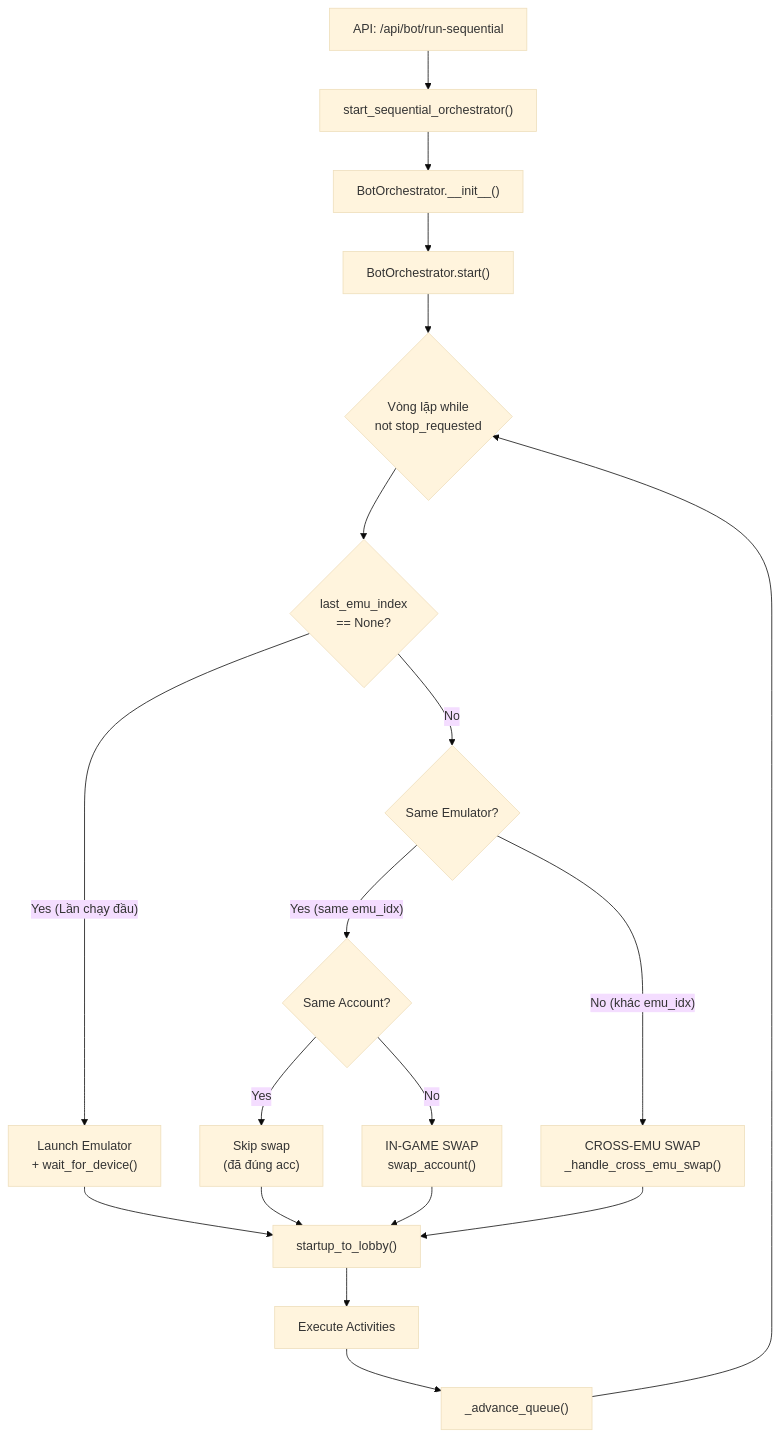
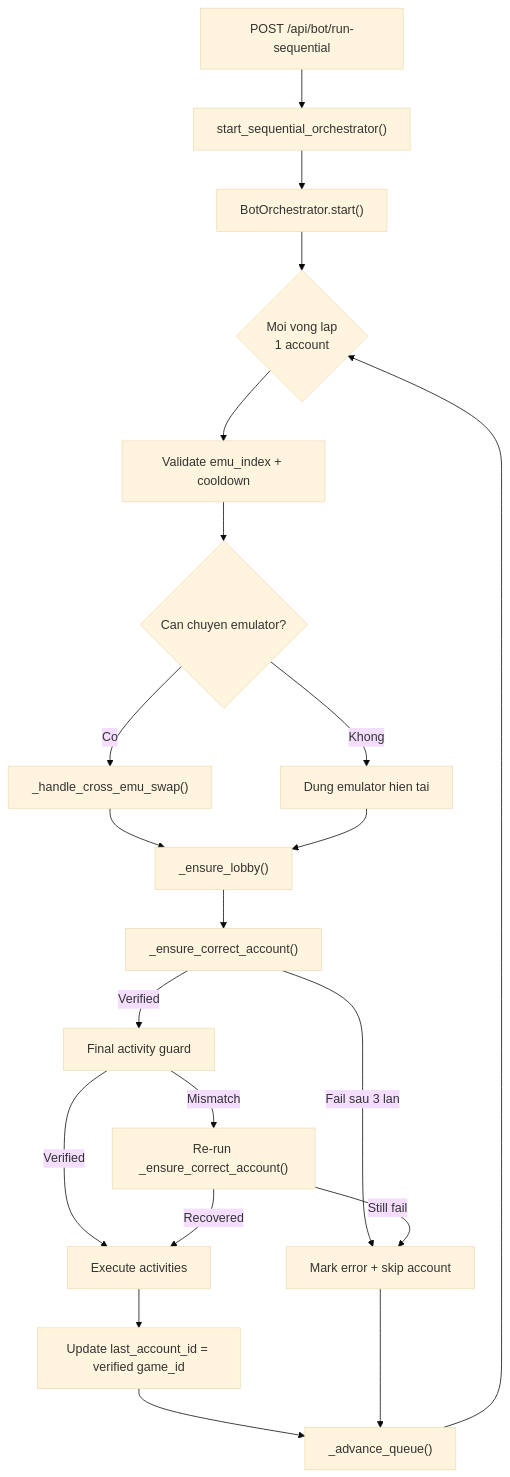
The first of 2 diagrams in DOCS/WORKFLOWS/swap_mechanism_docs.md (zHitz/AutoCOD-Manager), drawn with Mermaid (base theme) before and after one commit. The commit also changed other lines of this file and 11 other files, not shown here.

````diff
--- a/DOCS/WORKFLOWS/swap_mechanism_docs.md
+++ b/DOCS/WORKFLOWS/swap_mechanism_docs.md
@@ -9,26 +17,28 @@
 ```mermaid
-graph TD
-    A["API: /api/bot/run-sequential"] --> B["start_sequential_orchestrator()"]
-    B --> C["BotOrchestrator.__init__()"]
-    C --> D["BotOrchestrator.start()"]
-    D --> E{"Vòng lặp while\nnot stop_requested"}
-    
-    E --> F{"last_emu_index\n== None?"}
-    F -->|"Yes (Lần chạy đầu)"| G["Launch Emulator\n+ wait_for_device()"]
-    F -->|No| H{"Same Emulator?"}
-    
-    H -->|"Yes (same emu_idx)"| I{"Same Account?"}
-    I -->|Yes| J["Skip swap\n(đã đúng acc)"]
-    I -->|No| K["IN-GAME SWAP\nswap_account()"]
-    
-    H -->|"No (khác emu_idx)"| L["CROSS-EMU SWAP\n_handle_cross_emu_swap()"]
-    
-    G --> M["startup_to_lobby()"]
-    K --> M
-    L --> M
-    J --> M
-    
-    M --> N["Execute Activities"]
-    N --> O["_advance_queue()"]
-    O --> E
+flowchart TD
+    A["POST /api/bot/run-sequential"] --> B["start_sequential_orchestrator()"]
+    B --> C["BotOrchestrator.start()"]
+    C --> D{"Moi vong lap\n1 account"}
+
+    D --> E["Validate emu_index + cooldown"]
+    E --> F{"Can chuyen emulator?"}
+    F -->|Co| G["_handle_cross_emu_swap()"]
+    F -->|Khong| H["Dung emulator hien tai"]
+
+    G --> I["_ensure_lobby()"]
+    H --> I
+
+    I --> J["_ensure_correct_account()"]
+    J -->|Verified| K["Final activity guard"]
+    J -->|Fail sau 3 lan| L["Mark error + skip account"]
+
+    K -->|Verified| M["Execute activities"]
+    K -->|Mismatch| N["Re-run _ensure_correct_account()"]
+    N -->|Still fail| L
+    N -->|Recovered| M
+
+    M --> O["Update last_account_id = verified game_id"]
+    O --> P["_advance_queue()"]
+    L --> P
+    P --> D
 ```
````
